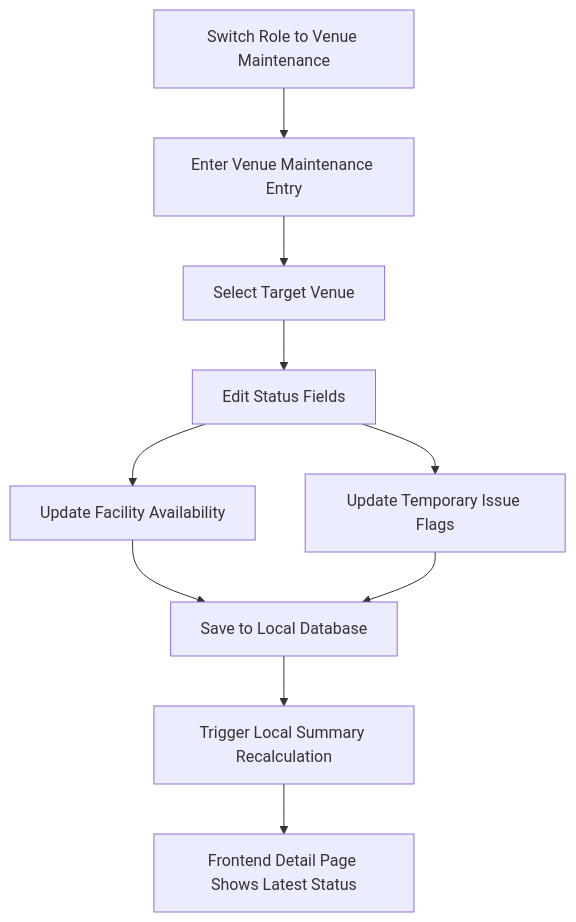
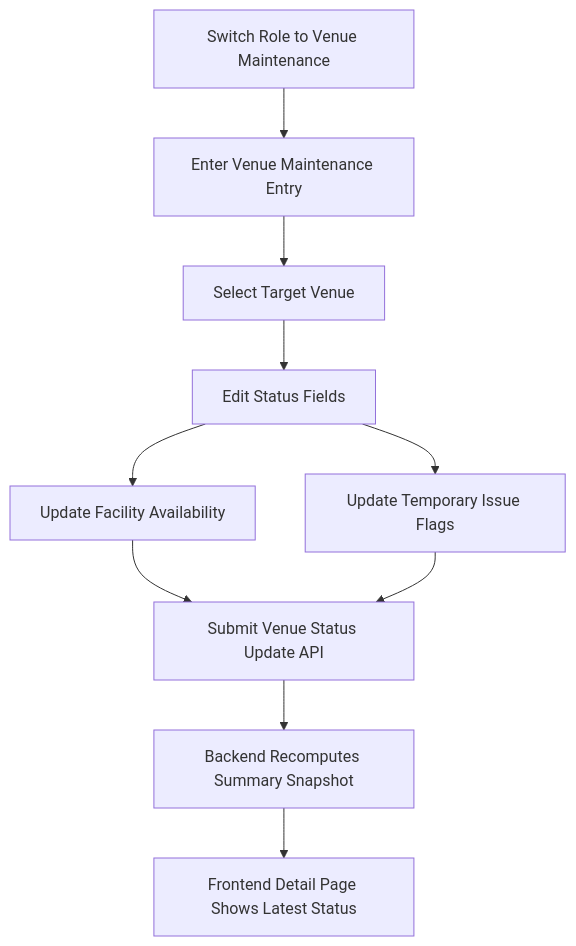
Before and after one commit to angelyng09/Luma: the third of 4 diagrams in Luma_Role Features & Workflow Diagram.md, drawn with Mermaid. The commit also changed other lines of this file and 3 other files, not shown here.

````diff
--- a/Luma_Role Features & Workflow Diagram.md
+++ b/Luma_Role Features & Workflow Diagram.md
@@ -77,12 +83,12 @@
 ```mermaid
 flowchart TD
     A[Switch Role to Venue Maintenance] --> B[Enter Venue Maintenance Entry]
     B --> C[Select Target Venue]
     C --> D[Edit Status Fields]
     D --> E[Update Facility Availability]
     D --> F[Update Temporary Issue Flags]
-    E --> G[Save to Local Database]
+    E --> G[Submit Venue Status Update API]
     F --> G
-    G --> H[Trigger Local Summary Recalculation]
+    G --> H[Backend Recomputes Summary Snapshot]
     H --> I[Frontend Detail Page Shows Latest Status]
 ```
````
